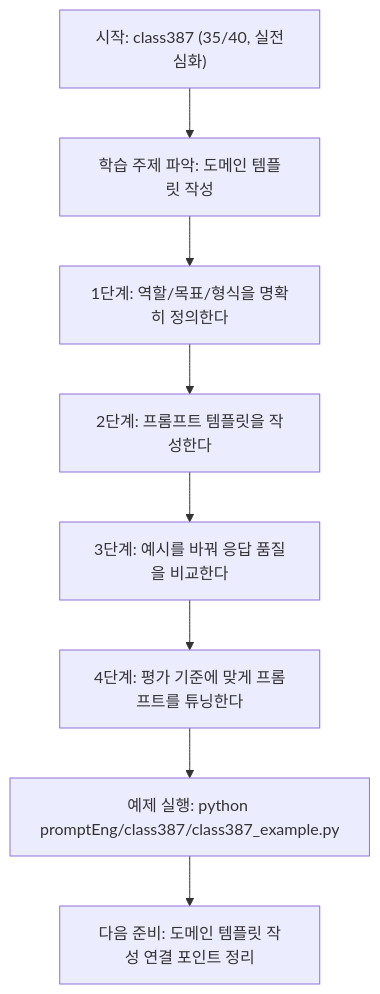
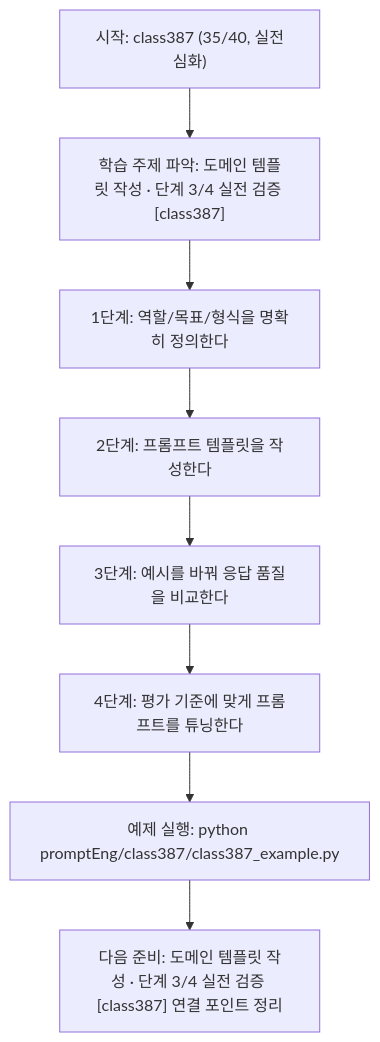
Before and after one commit to edumgt/Python-AI_Agent-Class: the diagram in promptEng/class387/class387.md, drawn with Mermaid. The commit also changed other lines of this file and 522 other files, not shown here.

````diff
--- a/promptEng/class387/class387.md
+++ b/promptEng/class387/class387.md
@@ -109,18 +110,18 @@
 ```mermaid
 flowchart TD
 N1["시작: class387 (35/40, 실전심화)"]
-N2["학습 주제 파악: 도메인 템플릿 작성"]
+N2["학습 주제 파악: 도메인 템플릿 작성 · 단계 3/4 실전 검증 [class387]"]
 N3["1단계: 역할/목표/형식을 명확히 정의한다"]
 N4["2단계: 프롬프트 템플릿을 작성한다"]
 N5["3단계: 예시를 바꿔 응답 품질을 비교한다"]
 N6["4단계: 평가 기준에 맞게 프롬프트를 튜닝한다"]
 N7["예제 실행: python promptEng/class387/class387_example.py"]
-N8["다음 준비: 도메인 템플릿 작성 연결 포인트 정리"]
+N8["다음 준비: 도메인 템플릿 작성 · 단계 3/4 실전 검증 [class387] 연결 포인트 정리"]
 N1 --> N2
 N2 --> N3
 N3 --> N4
 N4 --> N5
 N5 --> N6
 N6 --> N7
 N7 --> N8
 ```
````
